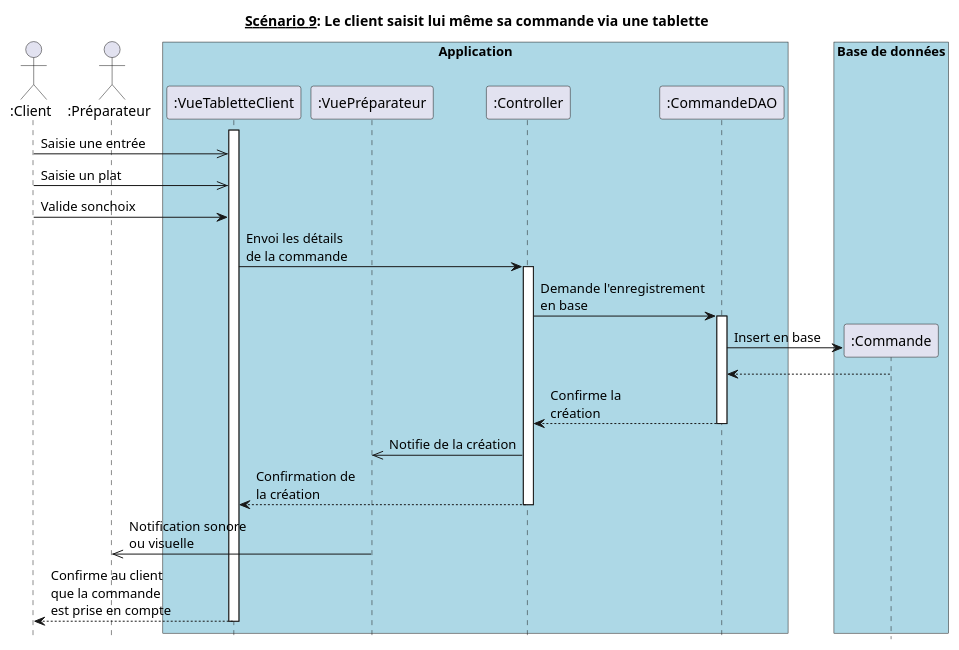
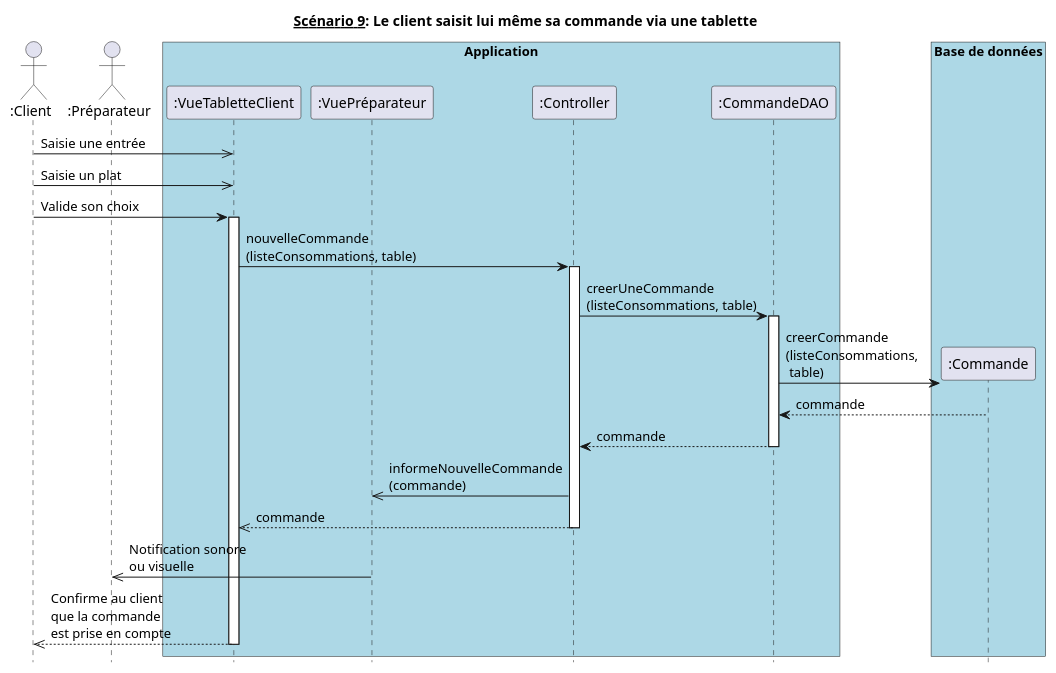
Before and after one commit to hulskenA/GL-Les_seigneurs_du_resto: the diagram in diagrammes_sequences_detailles/dss9.md, drawn with PlantUML. The commit also changed 1 other file, not shown here.

Commit message:
Reworked dss6 and dss9

````diff
--- a/diagrammes_sequences_detailles/dss9.md
+++ b/diagrammes_sequences_detailles/dss9.md
@@ -1,49 +1,50 @@
 ```puml
 @startuml
 hide footbox
 title __Scénario 9__: Le client saisit lui même sa commande via une tablette
 
 
 actor ":Client" as Client order 10
 actor ":Préparateur" as Préparateur order 20
 
 box "Application" #Lightblue
     participant ":VueTabletteClient" as VueTabletteClient order 30
     participant ":VuePréparateur" as VuePréparateur order 40
     participant ":Controller" as Controller order 50
     participant ":CommandeDAO" as CommandeDAO order 60
 endbox
 
 box "Base de données" #Lightblue
   participant ":Commande" as Commande order 70
 endbox
 
-activate VueTabletteClient
+
 
 Client ->> VueTabletteClient : Saisie une entrée
 Client ->> VueTabletteClient : Saisie un plat
-Client -> VueTabletteClient : Valide sonchoix
+Client -> VueTabletteClient : Valide son choix
+activate VueTabletteClient
 
-VueTabletteClient -> Controller : Envoi les détails\nde la commande
+VueTabletteClient -> Controller : nouvelleCommande\n(listeConsommations, table)
 activate Controller
 
-Controller -> CommandeDAO : Demande l'enregistrement\nen base
+Controller -> CommandeDAO : creerUneCommande\n(listeConsommations, table)
 activate CommandeDAO
 
 create Commande
-CommandeDAO -> Commande : Insert en base
-CommandeDAO <-- Commande
-CommandeDAO --> Controller : Confirme la\ncréation
+CommandeDAO -> Commande : creerCommande\n(listeConsommations,\n table)
+CommandeDAO <-- Commande : commande
+CommandeDAO --> Controller : commande
 deactivate CommandeDAO
 
-Controller ->> VuePréparateur : Notifie de la création
-Controller --> VueTabletteClient : Confirmation de\nla création
+Controller ->> VuePréparateur : informeNouvelleCommande\n(commande)
+Controller -->> VueTabletteClient : commande
 deactivate Controller
 
 VuePréparateur ->> Préparateur : Notification sonore\nou visuelle
 
-VueTabletteClient --> Client : Confirme au client\nque la commande\nest prise en compte
+VueTabletteClient -->> Client : Confirme au client\nque la commande\nest prise en compte
 deactivate VueTabletteClient
 
 @enduml
 ```
````
